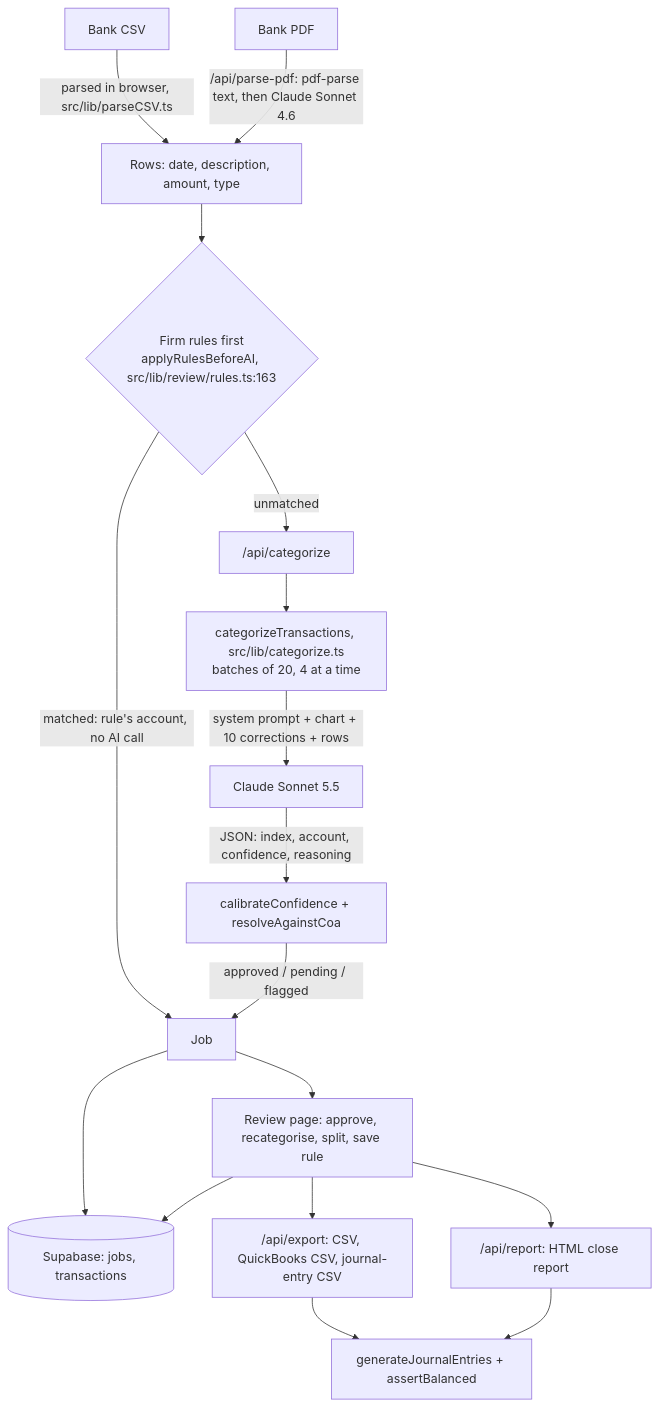
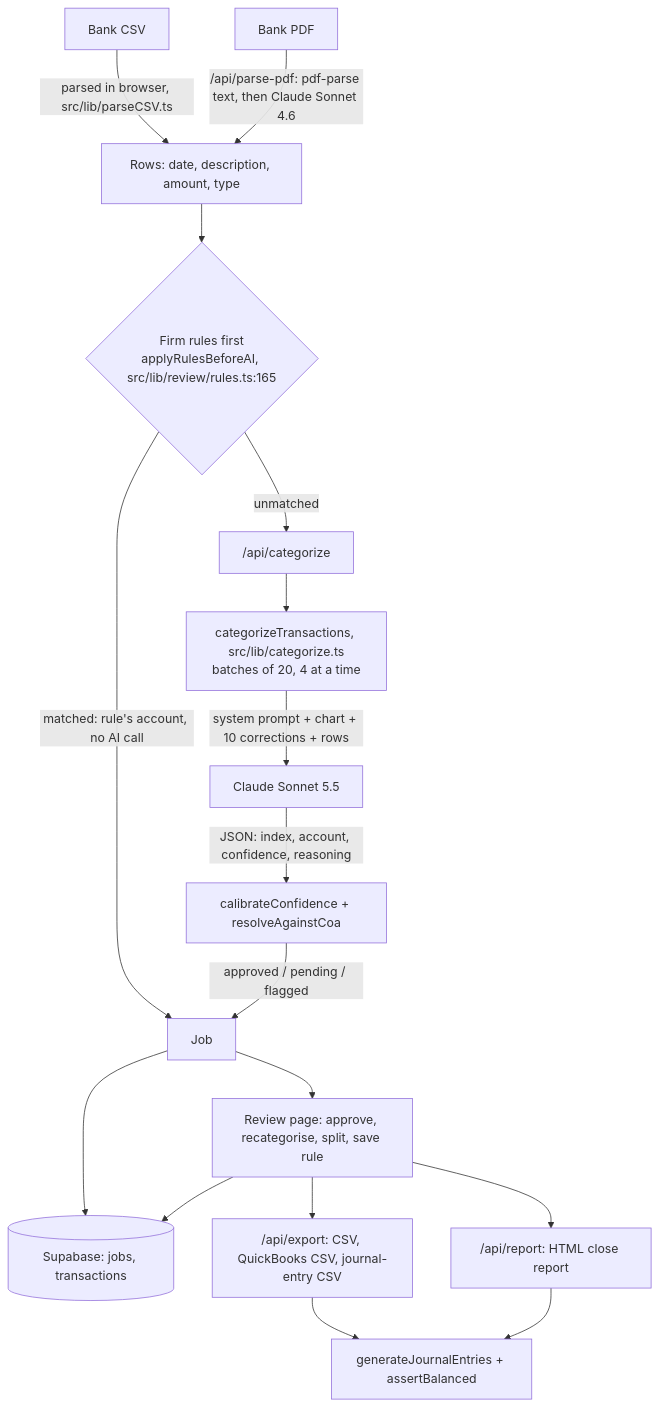
One commit to dudailia/closebooks-app changed the diagram in docs/technical-overview.md. Above: the diagram before and after it, drawn with Mermaid. The commit also changed other lines of this file and 28 other files, not shown here.

````diff
--- a/docs/technical-overview.md
+++ b/docs/technical-overview.md
@@ -34,19 +34,19 @@
 ```mermaid
 flowchart TD
   A[Bank CSV] -->|parsed in browser, src/lib/parseCSV.ts| C[Rows: date, description, amount, type]
   B[Bank PDF] -->|"/api/parse-pdf: pdf-parse text, then Claude Sonnet 4.6"| C
-  C --> R{"Firm rules first<br/>applyRulesBeforeAI, src/lib/review/rules.ts:163"}
+  C --> R{"Firm rules first<br/>applyRulesBeforeAI, src/lib/review/rules.ts:165"}
   R -->|matched: rule's account, no AI call| M[Job]
   R -->|unmatched| API["/api/categorize"]
   API --> E["categorizeTransactions, src/lib/categorize.ts<br/>batches of 20, 4 at a time"]
   E -->|system prompt + chart + 10 corrections + rows| CL[Claude Sonnet 5.5]
   CL -->|JSON: index, account, confidence, reasoning| V["calibrateConfidence + resolveAgainstCoa"]
   V -->|approved / pending / flagged| M
   M --> S[(Supabase: jobs, transactions)]
   M --> RV[Review page: approve, recategorise, split, save rule]
   RV --> S
   RV --> X["/api/export: CSV, QuickBooks CSV, journal-entry CSV"]
   RV --> REP["/api/report: HTML close report"]
   X --> JE["generateJournalEntries + assertBalanced"]
   REP --> JE
 ```
````
